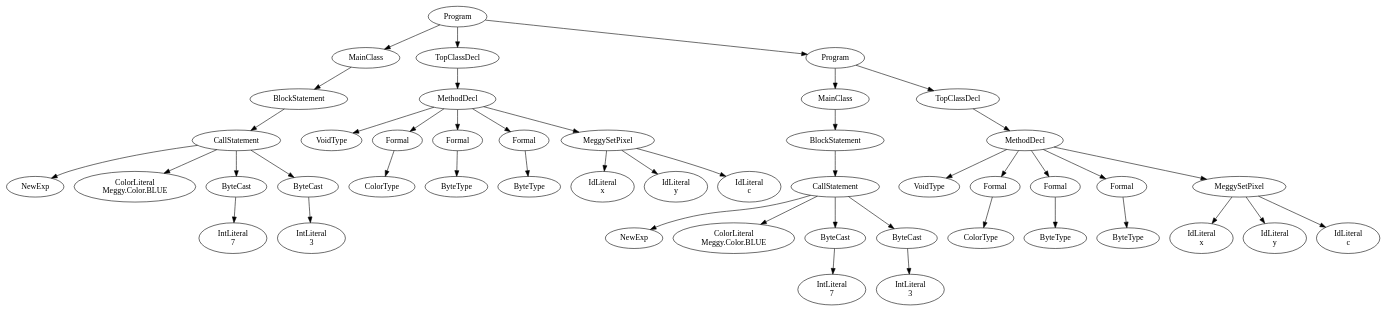
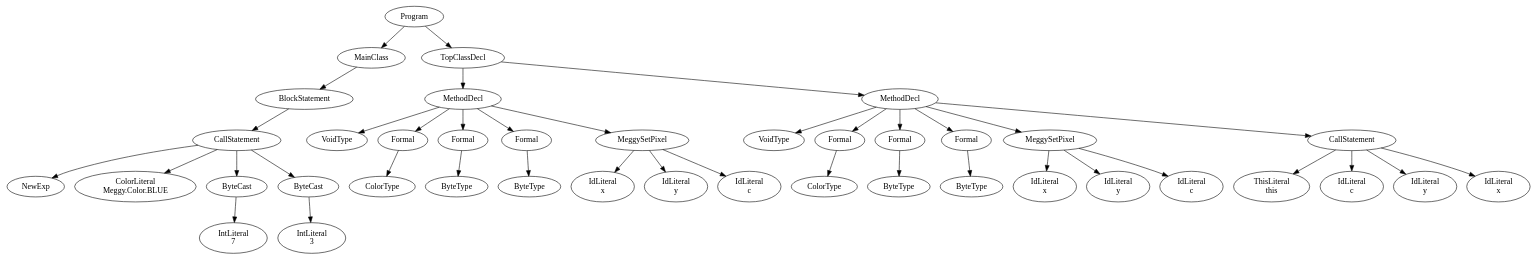
The diagram in tst/PA4noDef.java.ast.dot (karmaUdel/Meggy-Java-Compiler), drawn with Graphviz before and after one commit. The commit also changed 10 other files, not shown here.

```diff
--- a/tst/PA4noDef.java.ast.dot
+++ b/tst/PA4noDef.java.ast.dot
@@ -1,93 +1,81 @@
 digraph ASTGraph {
 0 [ label="Program" ];
 1 [ label="MainClass" ];
 0 -> 1
 2 [ label="BlockStatement" ];
 1 -> 2
 3 [ label="CallStatement" ];
 2 -> 3
 4 [ label="NewExp" ];
 3 -> 4
 5 [ label="ColorLiteral\nMeggy.Color.BLUE" ];
 3 -> 5
 6 [ label="ByteCast" ];
 3 -> 6
 7 [ label="IntLiteral\n7" ];
 6 -> 7
 8 [ label="ByteCast" ];
 3 -> 8
 9 [ label="IntLiteral\n3" ];
 8 -> 9
 10 [ label="TopClassDecl" ];
 0 -> 10
 11 [ label="MethodDecl" ];
 10 -> 11
 12 [ label="VoidType" ];
 11 -> 12
 13 [ label="Formal" ];
 11 -> 13
 14 [ label="ColorType" ];
 13 -> 14
 15 [ label="Formal" ];
 11 -> 15
 16 [ label="ByteType" ];
 15 -> 16
 17 [ label="Formal" ];
 11 -> 17
 18 [ label="ByteType" ];
 17 -> 18
 19 [ label="MeggySetPixel" ];
 11 -> 19
 20 [ label="IdLiteral\nx" ];
 19 -> 20
 21 [ label="IdLiteral\ny" ];
 19 -> 21
 22 [ label="IdLiteral\nc" ];
 19 -> 22
-23 [ label="Program" ];
-0 -> 23
-24 [ label="MainClass" ];
+23 [ label="MethodDecl" ];
+10 -> 23
+24 [ label="VoidType" ];
 23 -> 24
-25 [ label="BlockStatement" ];
-24 -> 25
-26 [ label="CallStatement" ];
+25 [ label="Formal" ];
+23 -> 25
+26 [ label="ColorType" ];
 25 -> 26
-27 [ label="NewExp" ];
-26 -> 27
-28 [ label="ColorLiteral\nMeggy.Color.BLUE" ];
-26 -> 28
-29 [ label="ByteCast" ];
-26 -> 29
-30 [ label="IntLiteral\n7" ];
+27 [ label="Formal" ];
+23 -> 27
+28 [ label="ByteType" ];
+27 -> 28
+29 [ label="Formal" ];
+23 -> 29
+30 [ label="ByteType" ];
 29 -> 30
-31 [ label="ByteCast" ];
-26 -> 31
-32 [ label="IntLiteral\n3" ];
+31 [ label="MeggySetPixel" ];
+23 -> 31
+32 [ label="IdLiteral\nx" ];
 31 -> 32
-33 [ label="TopClassDecl" ];
-23 -> 33
-34 [ label="MethodDecl" ];
-33 -> 34
-35 [ label="VoidType" ];
-34 -> 35
-36 [ label="Formal" ];
-34 -> 36
-37 [ label="ColorType" ];
-36 -> 37
-38 [ label="Formal" ];
-34 -> 38
-39 [ label="ByteType" ];
-38 -> 39
-40 [ label="Formal" ];
-34 -> 40
-41 [ label="ByteType" ];
-40 -> 41
-42 [ label="MeggySetPixel" ];
-34 -> 42
-43 [ label="IdLiteral\nx" ];
-42 -> 43
-44 [ label="IdLiteral\ny" ];
-42 -> 44
-45 [ label="IdLiteral\nc" ];
-42 -> 45
+33 [ label="IdLiteral\ny" ];
+31 -> 33
+34 [ label="IdLiteral\nc" ];
+31 -> 34
+35 [ label="CallStatement" ];
+23 -> 35
+36 [ label="ThisLiteral\nthis" ];
+35 -> 36
+37 [ label="IdLiteral\nc" ];
+35 -> 37
+38 [ label="IdLiteral\ny" ];
+35 -> 38
+39 [ label="IdLiteral\nx" ];
+35 -> 39
 }
```
